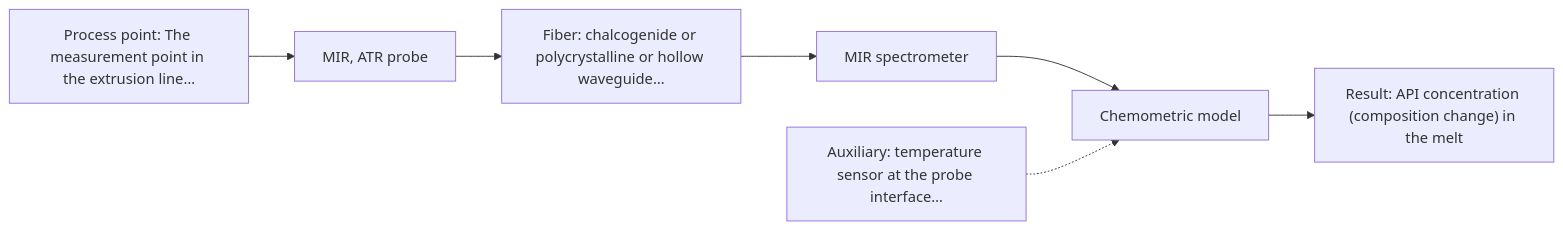
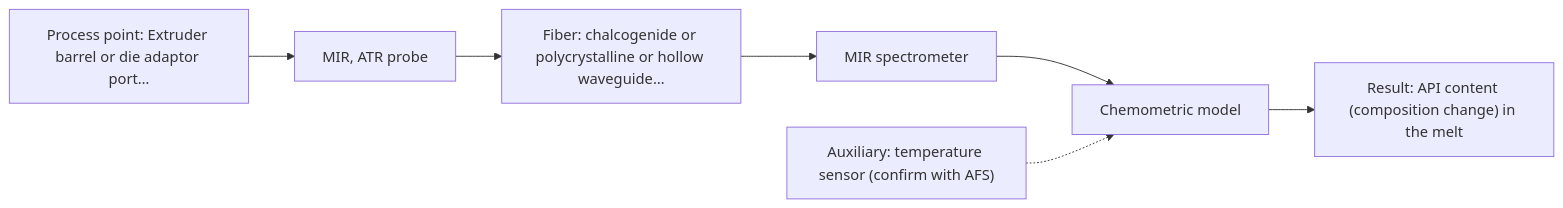
The first of 2 diagrams in outputs/dev/D07.md (sleipnir029/Afs-Spectroscopy-Assistant), drawn with Mermaid before and after one commit. The commit also changed other lines of this file and 15 other files, not shown here.

Commit message:
3.R4 dev outputs: 8/8 pass, 0 hard failures, 236/236 citations, 14/14 charts, 8/8 cost classes

````diff
--- a/outputs/dev/D07.md
+++ b/outputs/dev/D07.md
@@ -36,16 +36,16 @@
 ```mermaid
 flowchart LR
-    proc["Process point: The measurement point in the extrusion line…"]
+    proc["Process point: Extruder barrel or die adaptor port…"]
     probe1["MIR, ATR probe"]
     fiber1["Fiber: chalcogenide or polycrystalline or hollow waveguide…"]
     spec1["MIR spectrometer"]
     model["Chemometric model"]
-    result["Result: API concentration (composition change) in the melt"]
-    aux1["Auxiliary: temperature sensor at the probe interface…"]
+    result["Result: API content (composition change) in the melt"]
+    aux1["Auxiliary: temperature sensor (confirm with AFS)"]
     proc --> probe1
     probe1 --> fiber1
     fiber1 --> spec1
     spec1 --> model
     model --> result
     aux1 -.-> model
 ```
````
